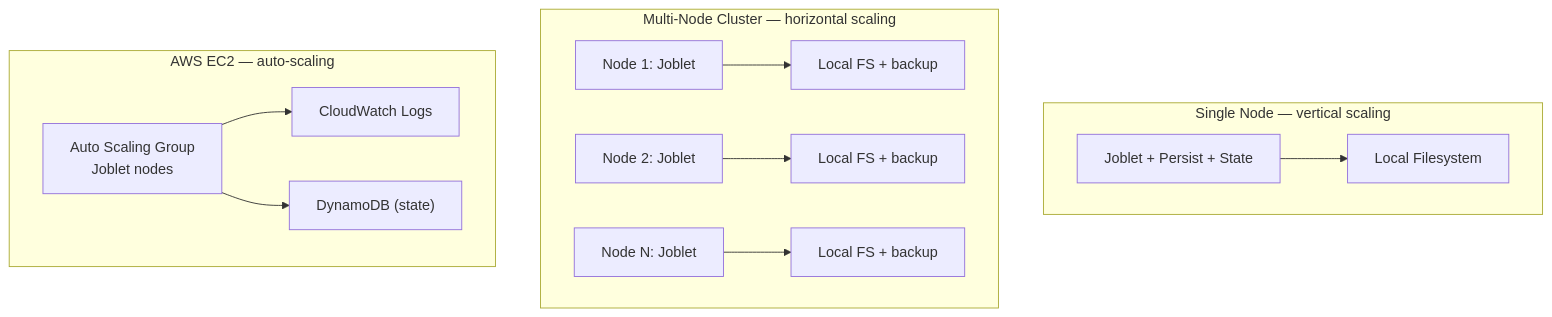
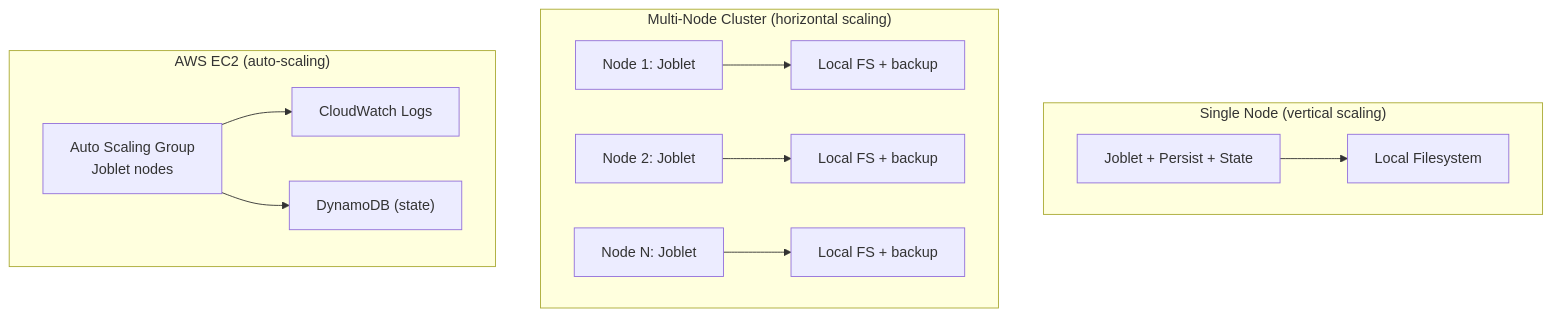
One commit to ehsaniara/joblet changed the diagram in docs/DEPLOYMENT.md. Above: the diagram before and after it, drawn with Mermaid. The commit also changed other lines of this file and 77 other files, not shown here.

````diff
--- a/docs/DEPLOYMENT.md
+++ b/docs/DEPLOYMENT.md
@@ -73,15 +73,15 @@
 ```mermaid
 flowchart TB
-    subgraph single["Single Node — vertical scaling"]
+    subgraph single["Single Node (vertical scaling)"]
         SN["Joblet + Persist + State"] --> SL["Local Filesystem"]
     end
-    subgraph multi["Multi-Node Cluster — horizontal scaling"]
+    subgraph multi["Multi-Node Cluster (horizontal scaling)"]
         MN1["Node 1: Joblet"] --> ML1["Local FS + backup"]
         MN2["Node 2: Joblet"] --> ML2["Local FS + backup"]
         MNn["Node N: Joblet"] --> MLn["Local FS + backup"]
     end
-    subgraph aws["AWS EC2 — auto-scaling"]
+    subgraph aws["AWS EC2 (auto-scaling)"]
         ASG["Auto Scaling Group<br/>Joblet nodes"] --> CW["CloudWatch Logs"]
         ASG --> DDB["DynamoDB (state)"]
     end
 ```
````
